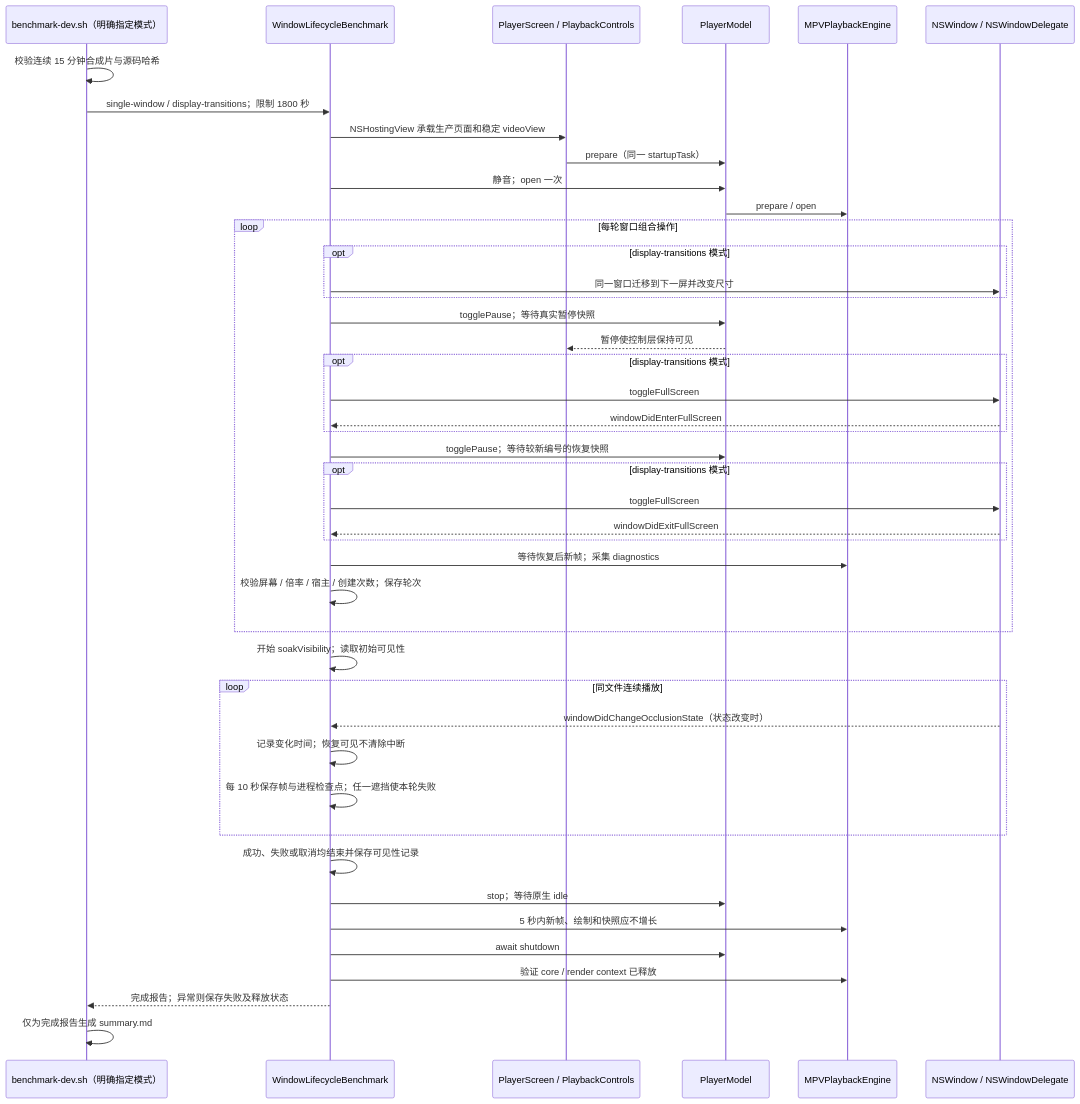
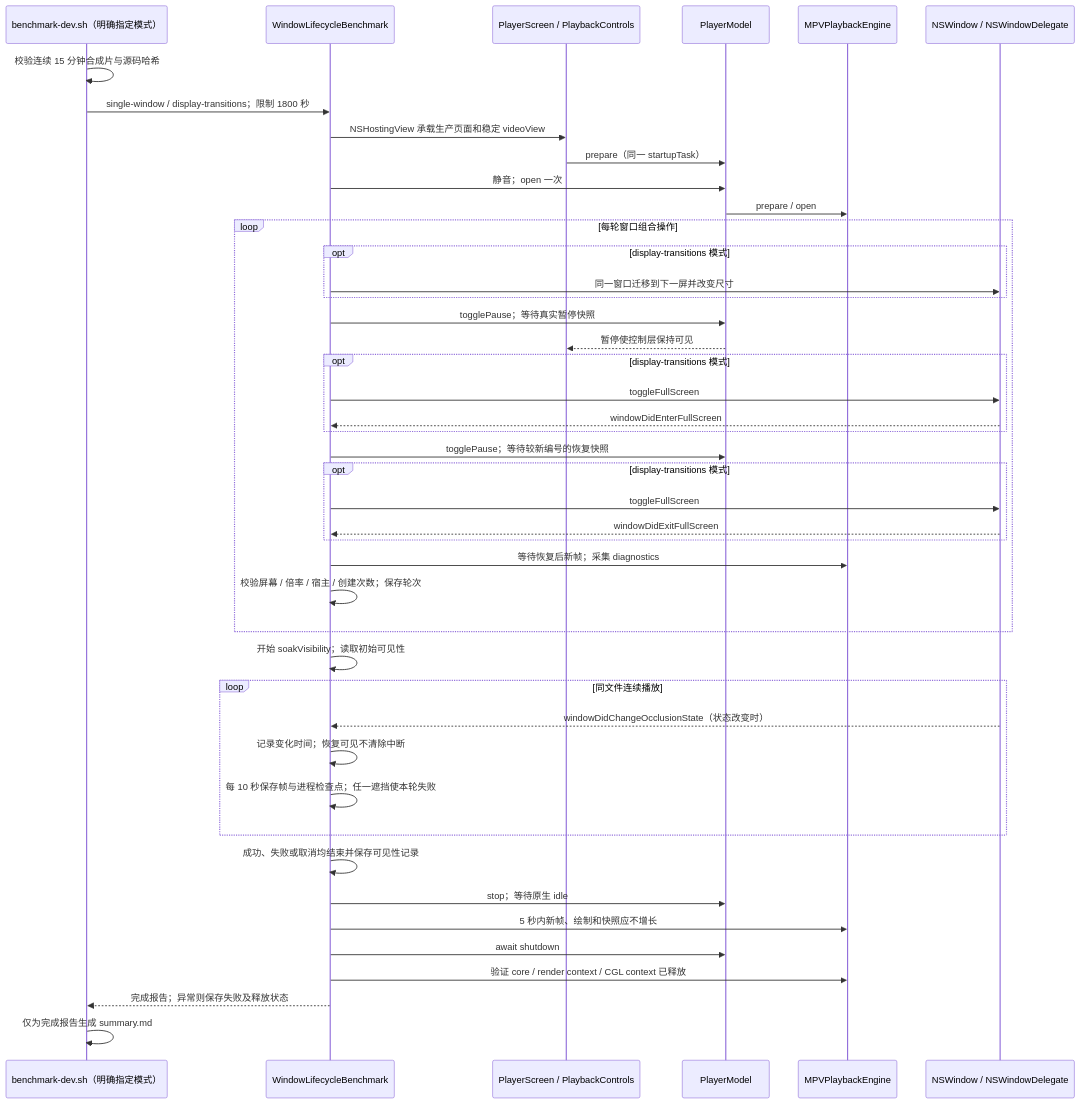
Before and after one commit to tech-zjf/Bomu: the sixth of 6 diagrams in docs/playback/native-poc/flow.md, drawn with Mermaid. The commit also changed other lines of this file and 241 other files, not shown here.

````diff
--- a/docs/playback/native-poc/flow.md
+++ b/docs/playback/native-poc/flow.md
@@ -219,46 +223,46 @@
 ```mermaid
 sequenceDiagram
     participant Script as benchmark-dev.sh（明确指定模式）
     participant Test as WindowLifecycleBenchmark
     participant UI as PlayerScreen / PlaybackControls
     participant Model as PlayerModel
     participant Engine as MPVPlaybackEngine
     participant Window as NSWindow / NSWindowDelegate
     Script->>Script: 校验连续 15 分钟合成片与源码哈希
     Script->>Test: single-window / display-transitions；限制 1800 秒
     Test->>UI: NSHostingView 承载生产页面和稳定 videoView
     UI->>Model: prepare（同一 startupTask）
     Test->>Model: 静音；open 一次
     Model->>Engine: prepare / open
     loop 每轮窗口组合操作
         opt display-transitions 模式
             Test->>Window: 同一窗口迁移到下一屏并改变尺寸
         end
         Test->>Model: togglePause；等待真实暂停快照
         Model-->>UI: 暂停使控制层保持可见
         opt display-transitions 模式
             Test->>Window: toggleFullScreen
             Window-->>Test: windowDidEnterFullScreen
         end
         Test->>Model: togglePause；等待较新编号的恢复快照
         opt display-transitions 模式
             Test->>Window: toggleFullScreen
             Window-->>Test: windowDidExitFullScreen
         end
         Test->>Engine: 等待恢复后新帧；采集 diagnostics
         Test->>Test: 校验屏幕 / 倍率 / 宿主 / 创建次数；保存轮次
     end
     Test->>Test: 开始 soakVisibility；读取初始可见性
     loop 同文件连续播放
         Window-->>Test: windowDidChangeOcclusionState（状态改变时）
         Test->>Test: 记录变化时间；恢复可见不清除中断
         Test->>Test: 每 10 秒保存帧与进程检查点；任一遮挡使本轮失败
     end
     Test->>Test: 成功、失败或取消均结束并保存可见性记录
     Test->>Model: stop；等待原生 idle
     Test->>Engine: 5 秒内新帧、绘制和快照应不增长
     Test->>Model: await shutdown
-    Test->>Engine: 验证 core / render context 已释放
+    Test->>Engine: 验证 core / render context / CGL context 已释放
     Test-->>Script: 完成报告；异常则保存失败及释放状态
     Script->>Script: 仅为完成报告生成 summary.md
 ```
````
